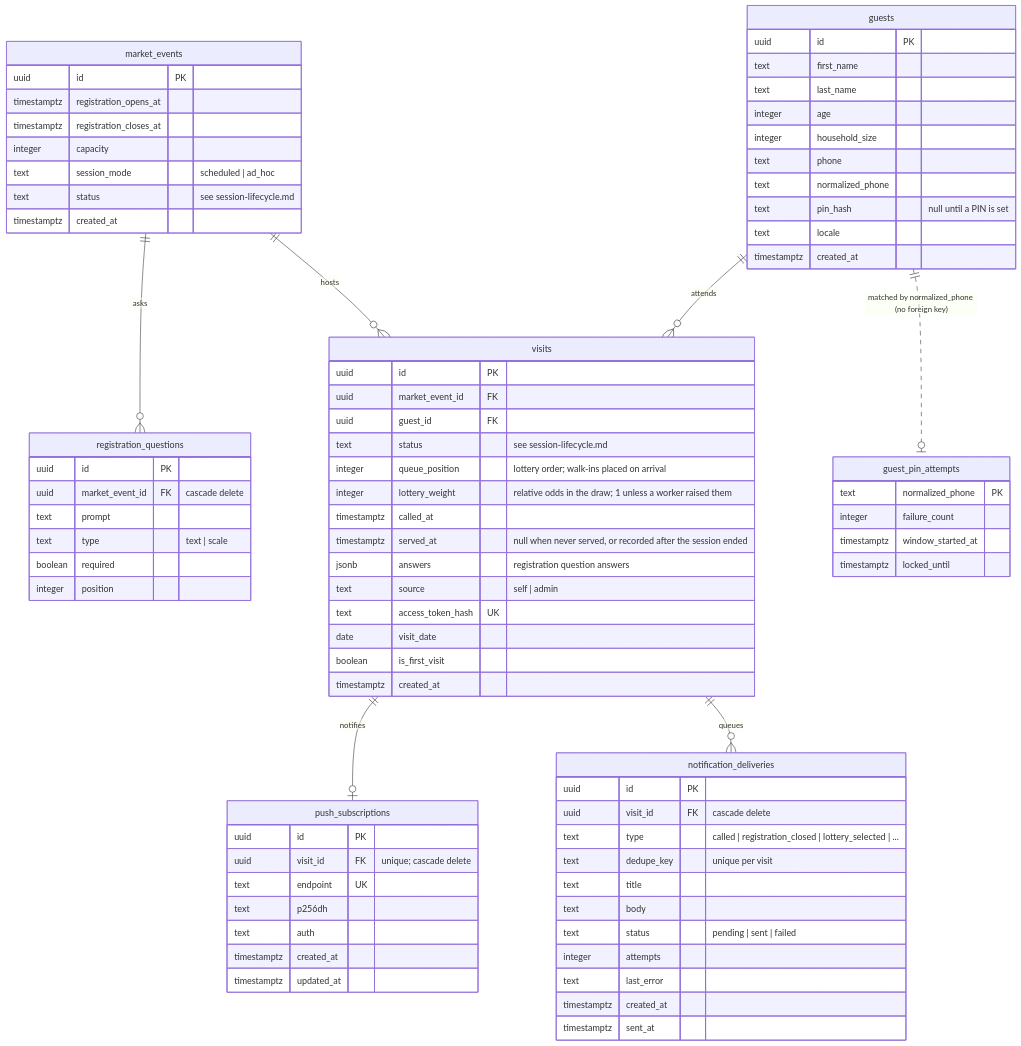
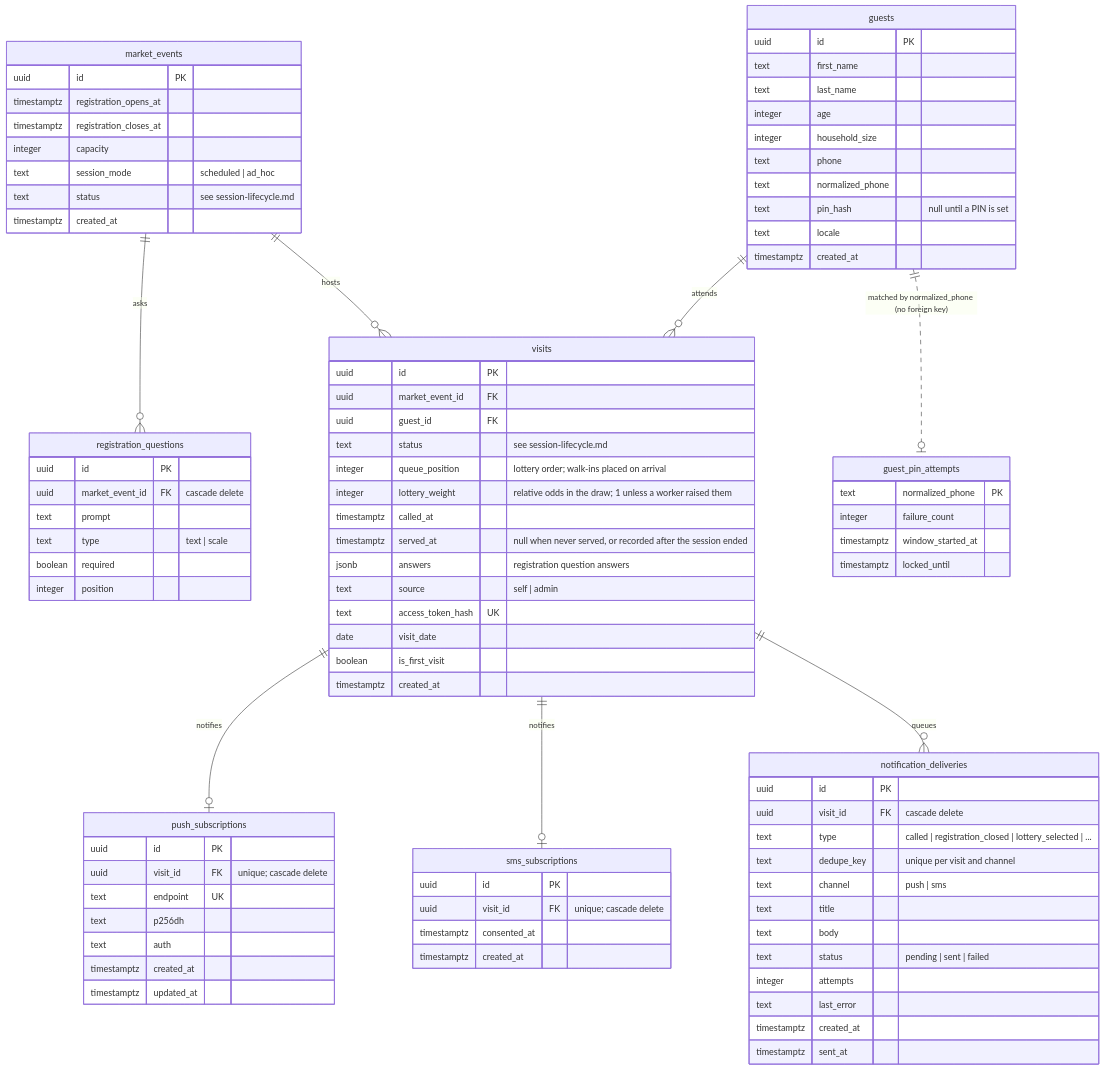
Before and after one commit to bay-compassion/food-market-app: the diagram in docs/data-model.md, drawn with Mermaid. The commit also changed other lines of this file and 26 other files, not shown here.

```diff
--- a/docs/data-model.md
+++ b/docs/data-model.md
@@ -19,6 +19,7 @@
     market_events ||--o{ visits : "hosts"
     guests ||--o{ visits : "attends"
     visits ||--o| push_subscriptions : "notifies"
+    visits ||--o| sms_subscriptions : "notifies"
     visits ||--o{ notification_deliveries : "queues"
     guests ||..o| guest_pin_attempts : "matched by normalized_phone (no foreign key)"
 
@@ -85,7 +86,8 @@
         uuid id PK
         uuid visit_id FK "cascade delete"
         text type "called | registration_closed | lottery_selected | ..."
-        text dedupe_key "unique per visit"
+        text dedupe_key "unique per visit and channel"
+        text channel "push | sms"
         text title
         text body
         text status "pending | sent | failed"
@@ -95,6 +97,13 @@
         timestamptz sent_at
     }
 
+    sms_subscriptions {
+        uuid id PK
+        uuid visit_id FK "unique; cascade delete"
+        timestamptz consented_at
+        timestamptz created_at
+    }
+
     guest_pin_attempts {
         text normalized_phone PK
         integer failure_count
```
